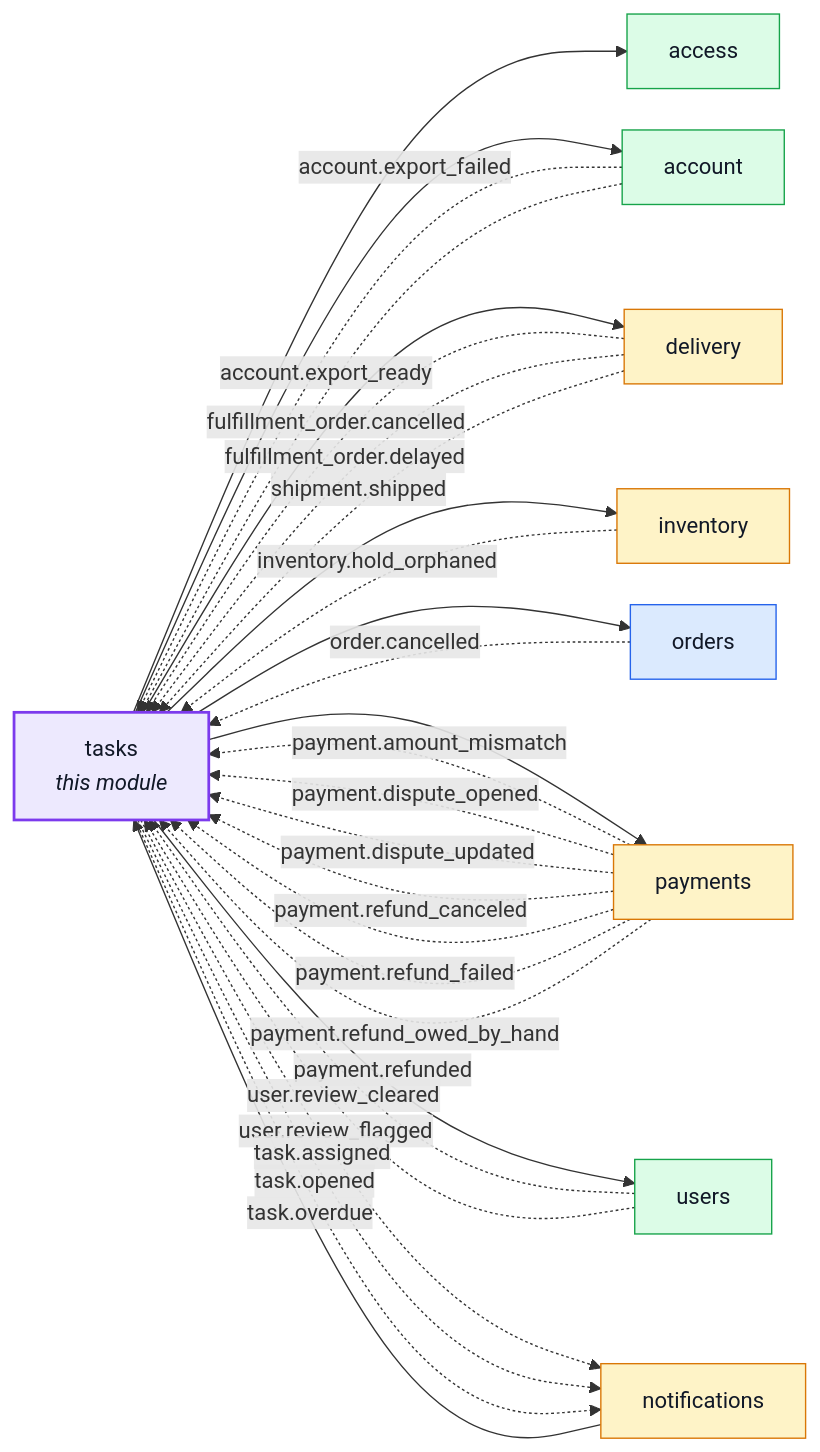
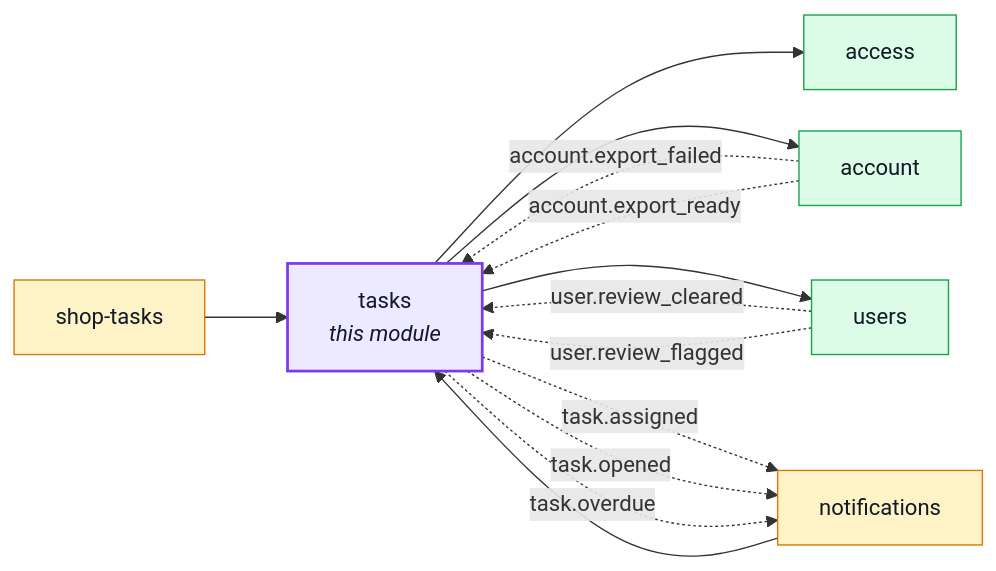
The first of 3 diagrams in docs/modules/tasks.md (Guebbit/boilerplate-node-backend), drawn with Mermaid before and after one commit. The commit also changed 107 other files, not shown here.

First line of the commit message:
refactor(shop-tasks): move the shop's to-dos and notices into their own module

````diff
--- a/docs/modules/tasks.md
+++ b/docs/modules/tasks.md
@@ -16,50 +16,31 @@
 ```mermaid
 %%{init: {'flowchart': {'nodeSpacing': 30, 'rankSpacing': 60}}}%%
 flowchart LR
     tasks["tasks<br/><i>this module</i>"]
     access["access"]
     account["account"]
-    delivery["delivery"]
-    inventory["inventory"]
     notifications["notifications"]
-    orders["orders"]
-    payments["payments"]
+    shop_tasks["shop-tasks"]
     users["users"]
 
     notifications --> tasks
+    shop_tasks --> tasks
     tasks --> access
     tasks --> account
-    tasks --> delivery
-    tasks --> inventory
-    tasks --> orders
-    tasks --> payments
     tasks --> users
     account -. "account.export_failed" .-> tasks
     account -. "account.export_ready" .-> tasks
-    delivery -. "fulfillment_order.cancelled" .-> tasks
-    delivery -. "fulfillment_order.delayed" .-> tasks
-    delivery -. "shipment.shipped" .-> tasks
-    inventory -. "inventory.hold_orphaned" .-> tasks
-    orders -. "order.cancelled" .-> tasks
-    payments -. "payment.amount_mismatch" .-> tasks
-    payments -. "payment.dispute_opened" .-> tasks
-    payments -. "payment.dispute_updated" .-> tasks
-    payments -. "payment.refund_canceled" .-> tasks
-    payments -. "payment.refund_failed" .-> tasks
-    payments -. "payment.refund_owed_by_hand" .-> tasks
-    payments -. "payment.refunded" .-> tasks
     users -. "user.review_cleared" .-> tasks
     users -. "user.review_flagged" .-> tasks
     tasks -. "task.assigned" .-> notifications
     tasks -. "task.opened" .-> notifications
     tasks -. "task.overdue" .-> notifications
 
     classDef core fill:#dbeafe,stroke:#2563eb,color:#111827;
     classDef supporting fill:#fef3c7,stroke:#d97706,color:#111827;
     classDef generic fill:#dcfce7,stroke:#16a34a,color:#111827;
     classDef centre fill:#ede9fe,stroke:#7c3aed,stroke-width:2px,color:#111827;
-    class orders core;
-    class delivery,inventory,notifications,payments supporting;
+    class notifications,shop_tasks supporting;
     class access,account,users generic;
     class tasks centre;
 ```
````
